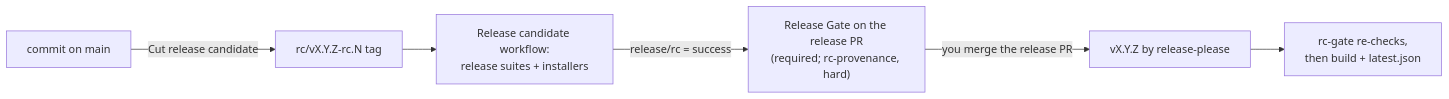
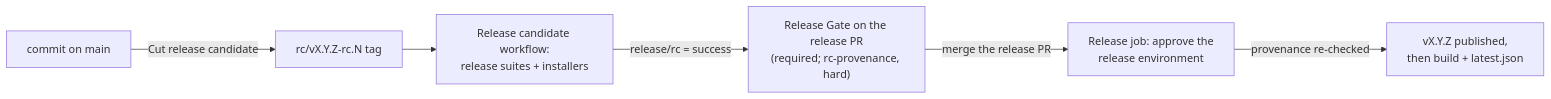
One commit to platevault/platevault changed the diagram in docs/release/release-candidates.md. Above: the diagram before and after it, drawn with Mermaid. The commit also changed other lines of this file and 3 other files, not shown here.

Commit message:
ci(release): publish only after the provenance check; release-please split into PR upkeep and a gated release job

````diff
--- a/docs/release/release-candidates.md
+++ b/docs/release/release-candidates.md
@@ -5,8 +5,8 @@
 ```mermaid
 flowchart LR
   main[commit on main] -->|Cut release candidate| rc["rc/vX.Y.Z-rc.N tag"]
   rc --> suites["Release candidate workflow:\nrelease suites + installers"]
   suites -->|release/rc = success| gate["Release Gate on the release PR\n(required; rc-provenance, hard)"]
-  gate -->|you merge the release PR| release["vX.Y.Z by release-please"]
-  release --> build["rc-gate re-checks,\nthen build + latest.json"]
+  gate -->|merge the release PR| approve["Release job: approve the\nrelease environment"]
+  approve -->|provenance re-checked| release["vX.Y.Z published,\nthen build + latest.json"]
 ```
````
